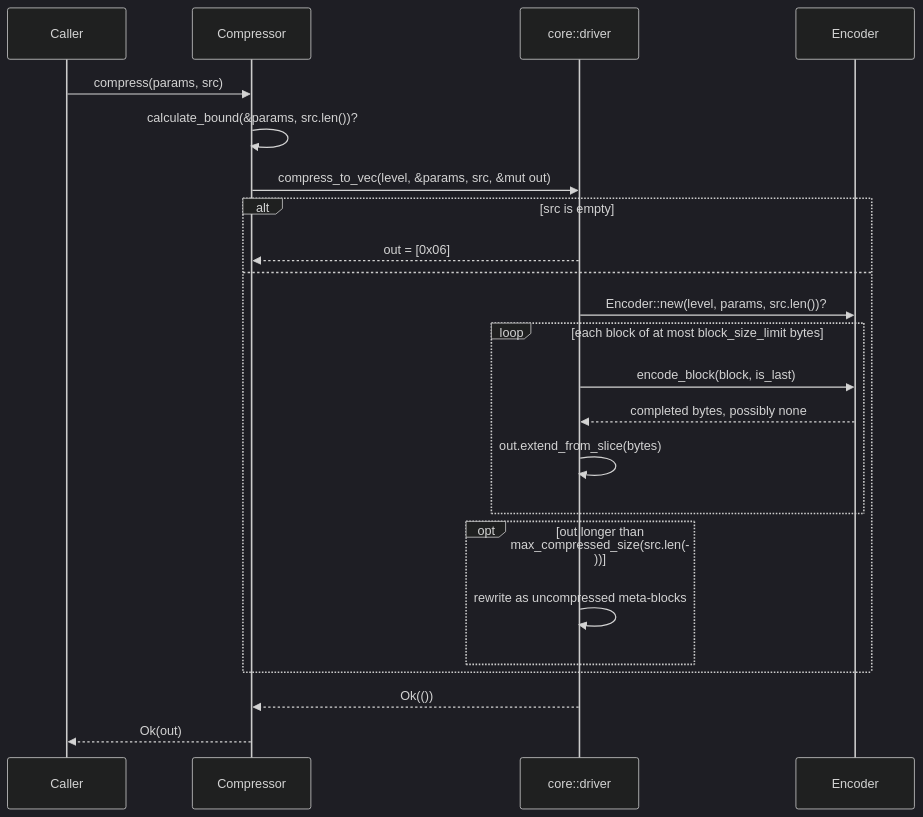
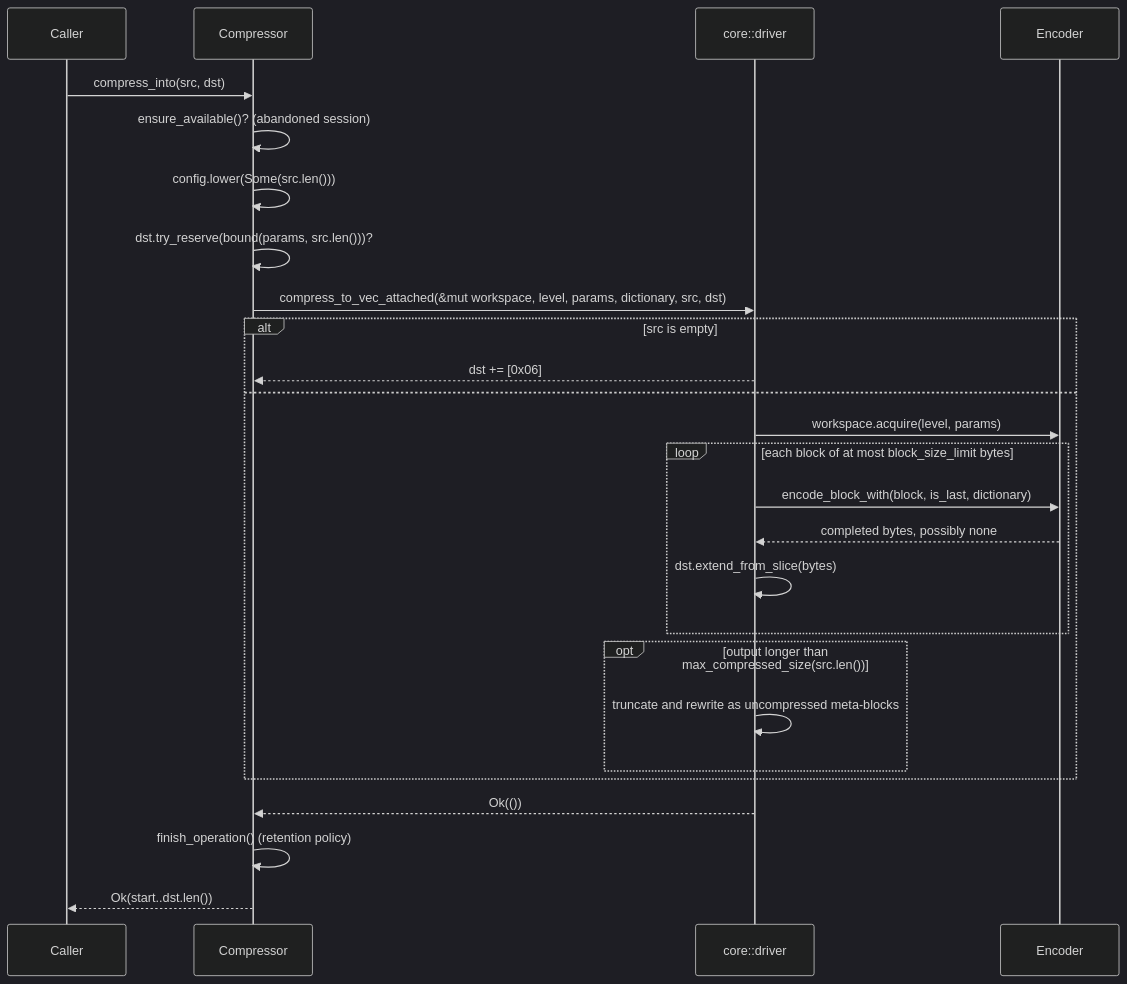
One commit to Mnwa/mbrotli changed the sixth of 12 diagrams in architecture/compressor.md. Above: the diagram before and after it, drawn with Mermaid (dark theme). The commit also changed other lines of this file and 104 other files, not shown here.

````diff
--- a/architecture/compressor.md
+++ b/architecture/compressor.md
@@ -246,26 +315,29 @@
 ```mermaid
 sequenceDiagram
     participant Caller
-    participant API as Compressor
+    participant C as Compressor
     participant Drv as core::driver
     participant Enc as Encoder
 
-    Caller->>API: compress(params, src)
-    API->>API: calculate_bound(&params, src.len())?
-    API->>Drv: compress_to_vec(level, &params, src, &mut out)
+    Caller->>C: compress_into(src, dst)
+    C->>C: ensure_available()?  (abandoned session)
+    C->>C: config.lower(Some(src.len()))
+    C->>C: dst.try_reserve(bound(params, src.len()))?
+    C->>Drv: compress_to_vec_attached(&mut workspace, level, params, dictionary, src, dst)
     alt src is empty
-        Drv-->>API: out = [0x06]
+        Drv-->>C: dst += [0x06]
     else
-        Drv->>Enc: Encoder::new(level, params, src.len())?
+        Drv->>Enc: workspace.acquire(level, params)
         loop each block of at most block_size_limit bytes
-            Drv->>Enc: encode_block(block, is_last)
+            Drv->>Enc: encode_block_with(block, is_last, dictionary)
             Enc-->>Drv: completed bytes, possibly none
-            Drv->>Drv: out.extend_from_slice(bytes)
+            Drv->>Drv: dst.extend_from_slice(bytes)
         end
-        opt out longer than max_compressed_size(src.len())
-            Drv->>Drv: rewrite as uncompressed meta-blocks
+        opt output longer than max_compressed_size(src.len())
+            Drv->>Drv: truncate and rewrite as uncompressed meta-blocks
         end
     end
-    Drv-->>API: Ok(())
-    API-->>Caller: Ok(out)
+    Drv-->>C: Ok(())
+    C->>C: finish_operation()  (retention policy)
+    C-->>Caller: Ok(start..dst.len())
 ```
````
